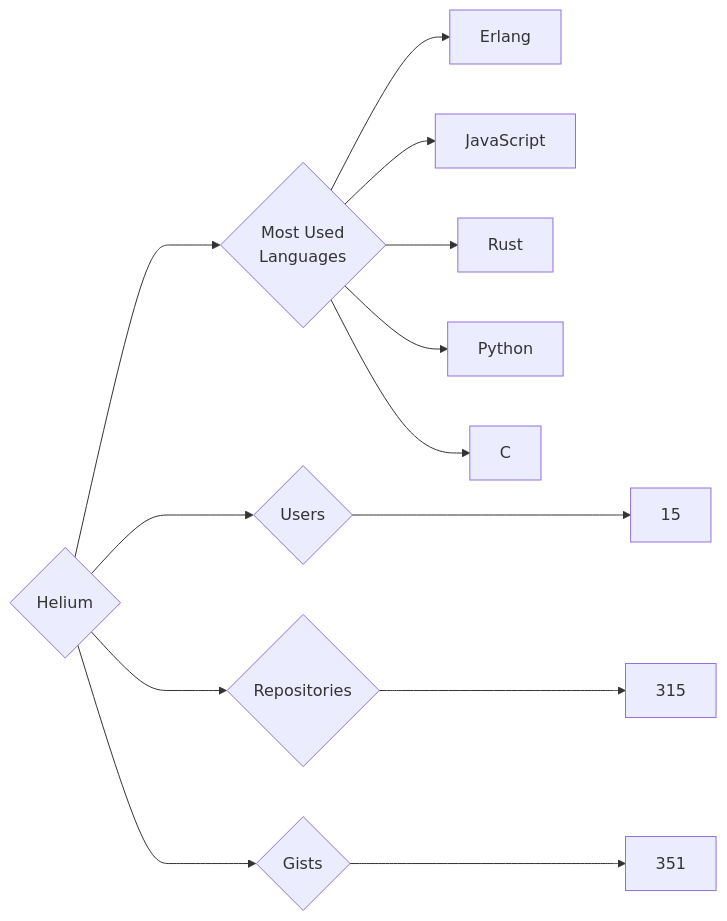
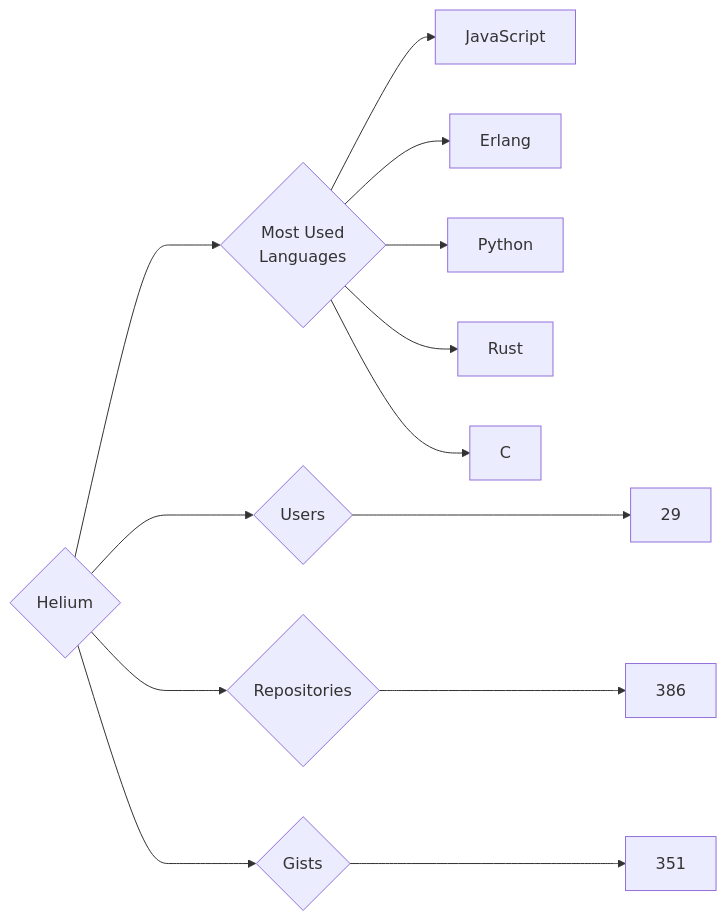
Before and after one commit to trickest/insiders: the diagram in targets/Helium/README.md, drawn with Mermaid. The commit also changed 681 other files, not shown here.

````diff
--- a/targets/Helium/README.md
+++ b/targets/Helium/README.md
@@ -3,13 +3,13 @@
 ```mermaid
 graph LR
 COMPANY_NAME{Helium}
-COMPANY_NAME ---> U{Users} ---> UN[15]
-COMPANY_NAME ---> R{Repositories} ---> RN[315]
+COMPANY_NAME ---> U{Users} ---> UN[29]
+COMPANY_NAME ---> R{Repositories} ---> RN[386]
 COMPANY_NAME ---> G{Gists} ---> GN[351]
 COMPANY_NAME ---> ML{Most Used<br>Languages}
+ML --> JavaScript[JavaScript]
 ML --> Erlang[Erlang]
-ML --> JavaScript[JavaScript]
+ML --> Python[Python]
 ML --> Rust[Rust]
-ML --> Python[Python]
 ML --> C[C]
 ```
````
